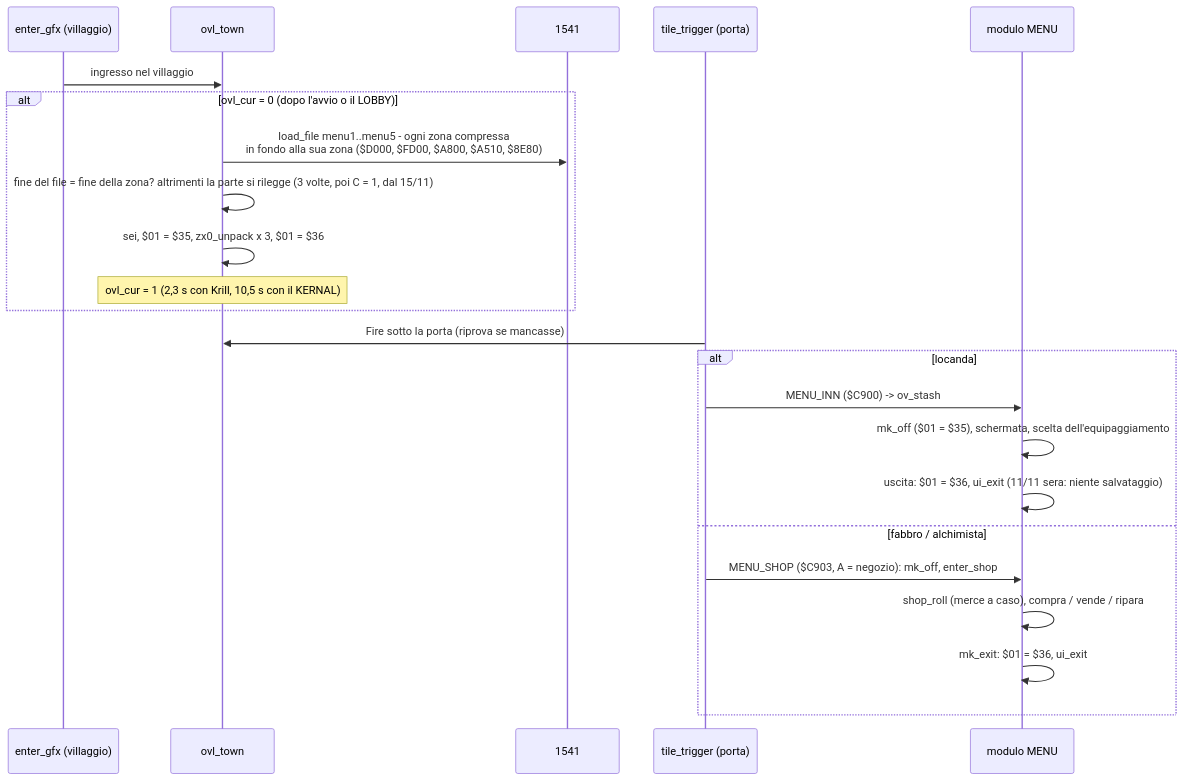
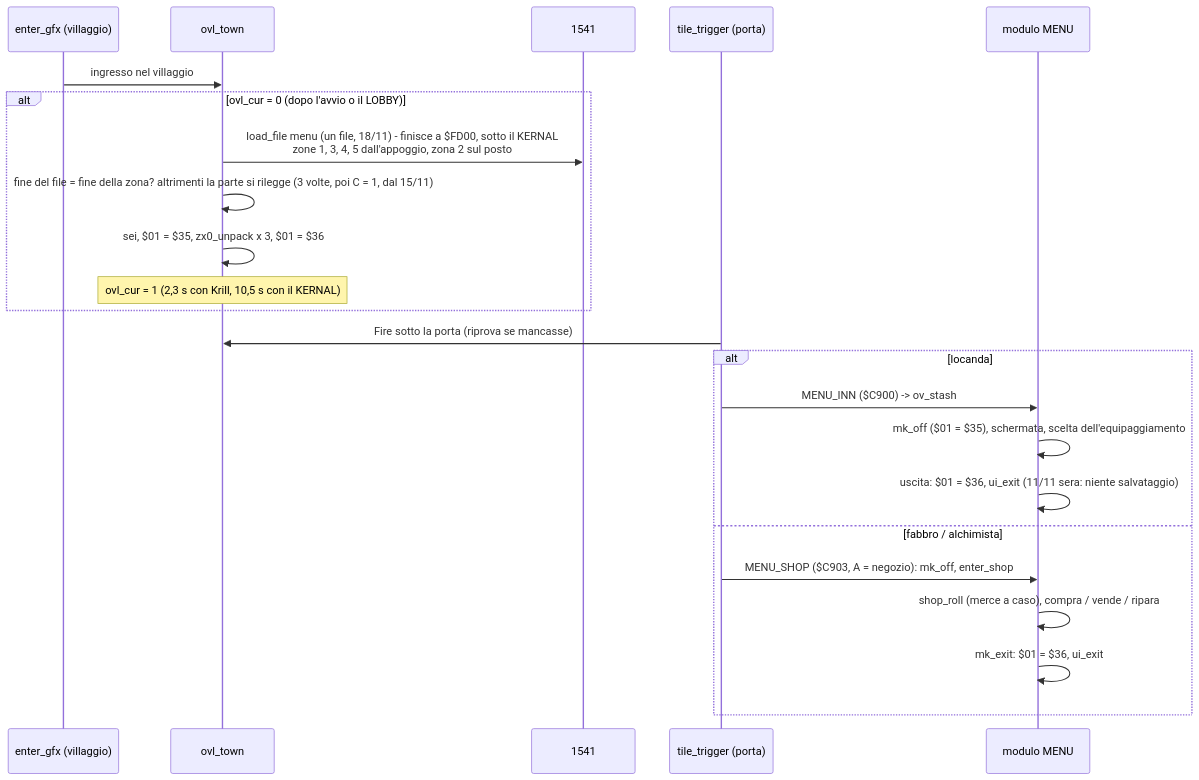
Before and after one commit to caporalesimone/barbarian-the-blood-path: diagram 16 of 18 in docs/wiki/flussi.md, drawn with Mermaid. The commit also changed 17 other files, not shown here.

````diff
--- a/docs/wiki/flussi.md
+++ b/docs/wiki/flussi.md
@@ -412,25 +412,25 @@
 ```mermaid
 sequenceDiagram
     participant V as enter_gfx (villaggio)
     participant O as ovl_town
     participant D as 1541
     participant P as tile_trigger (porta)
     participant M as modulo MENU
     V->>O: ingresso nel villaggio
     alt ovl_cur = 0 (dopo l'avvio o il LOBBY)
-        O->>D: load_file menu1..menu5 - ogni zona compressa<br/>in fondo alla sua zona ($D000, $FD00, $A800, $A510, $8E80)
+        O->>D: load_file menu (un file, 18/11) - finisce a $FD00, sotto il KERNAL<br/>zone 1, 3, 4, 5 dall'appoggio, zona 2 sul posto
         O->>O: fine del file = fine della zona? altrimenti la parte si rilegge (3 volte, poi C = 1, dal 15/11)
         O->>O: sei, $01 = $35, zx0_unpack x 3, $01 = $36
         Note over O: ovl_cur = 1 (2,3 s con Krill, 10,5 s con il KERNAL)
     end
     P->>O: Fire sotto la porta (riprova se mancasse)
     alt locanda
         P->>M: MENU_INN ($C900) -> ov_stash
         M->>M: mk_off ($01 = $35), schermata, scelta dell'equipaggiamento
         M->>M: uscita: $01 = $36, ui_exit (11/11 sera: niente salvataggio)
     else fabbro / alchimista
         P->>M: MENU_SHOP ($C903, A = negozio): mk_off, enter_shop
         M->>M: shop_roll (merce a caso), compra / vende / ripara
         M->>M: mk_exit: $01 = $36, ui_exit
     end
 ```
````
